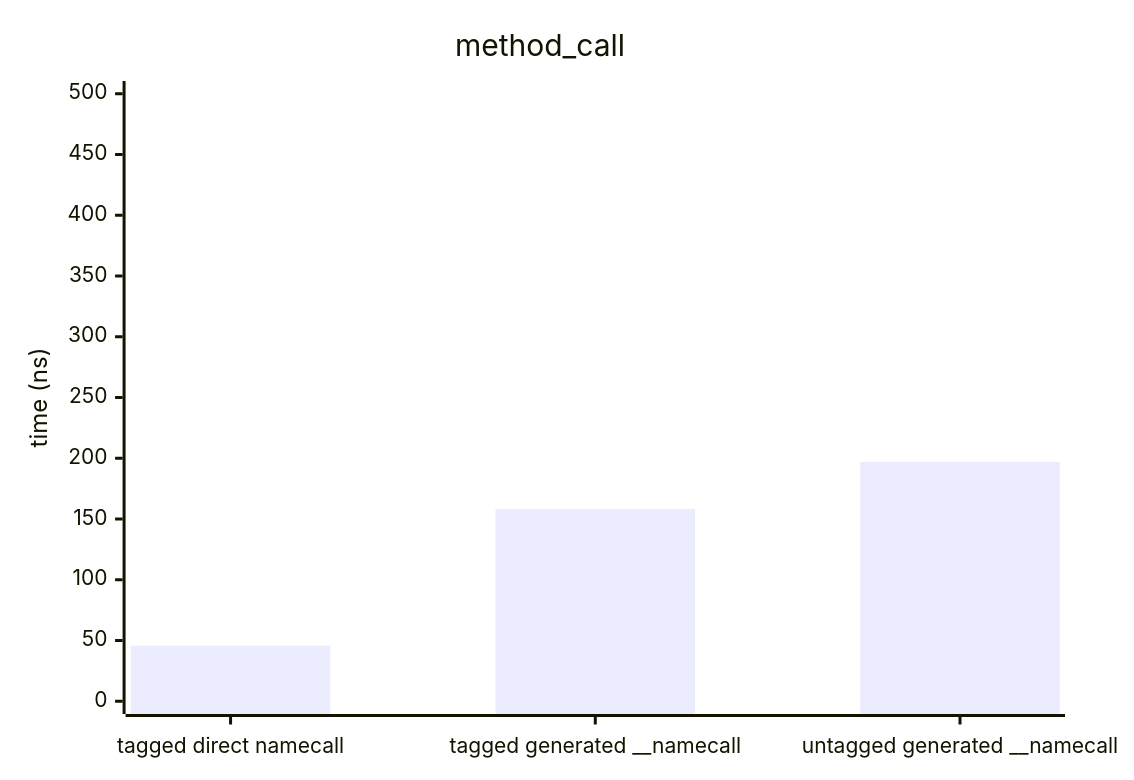
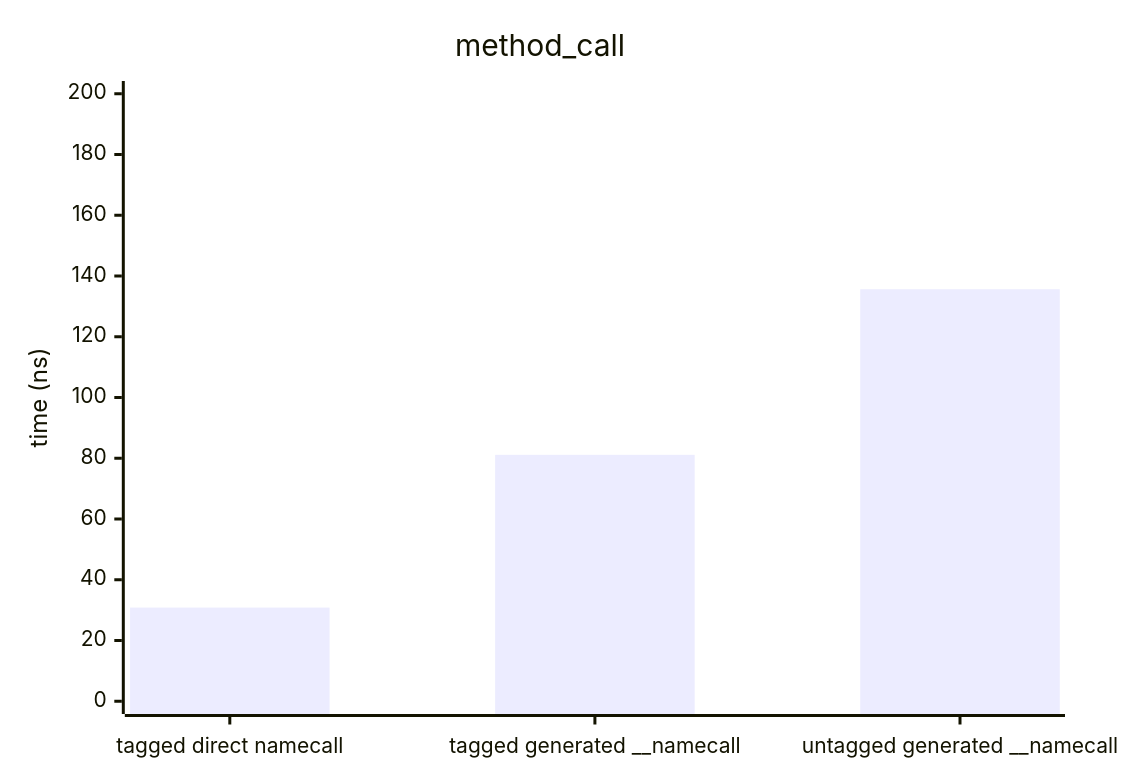
The third of 8 diagrams in BENCHMARKS.md (DreamWeave-MP/l3i), drawn with Mermaid before and after one commit. The commit also changed other lines of this file and 1 other file, not shown here.

````diff
--- a/BENCHMARKS.md
+++ b/BENCHMARKS.md
@@ -54,7 +54,7 @@
 ```mermaid
 xychart-beta
     title "method_call"
     x-axis ["tagged direct namecall", "tagged generated __namecall", "untagged generated __namecall"]
-    y-axis "time (ns)" 0 --> 500.00
-    bar [45.76, 158.12, 197.03]
+    y-axis "time (ns)" 0 --> 200.00
+    bar [30.84, 81.12, 135.65]
 ```
````
